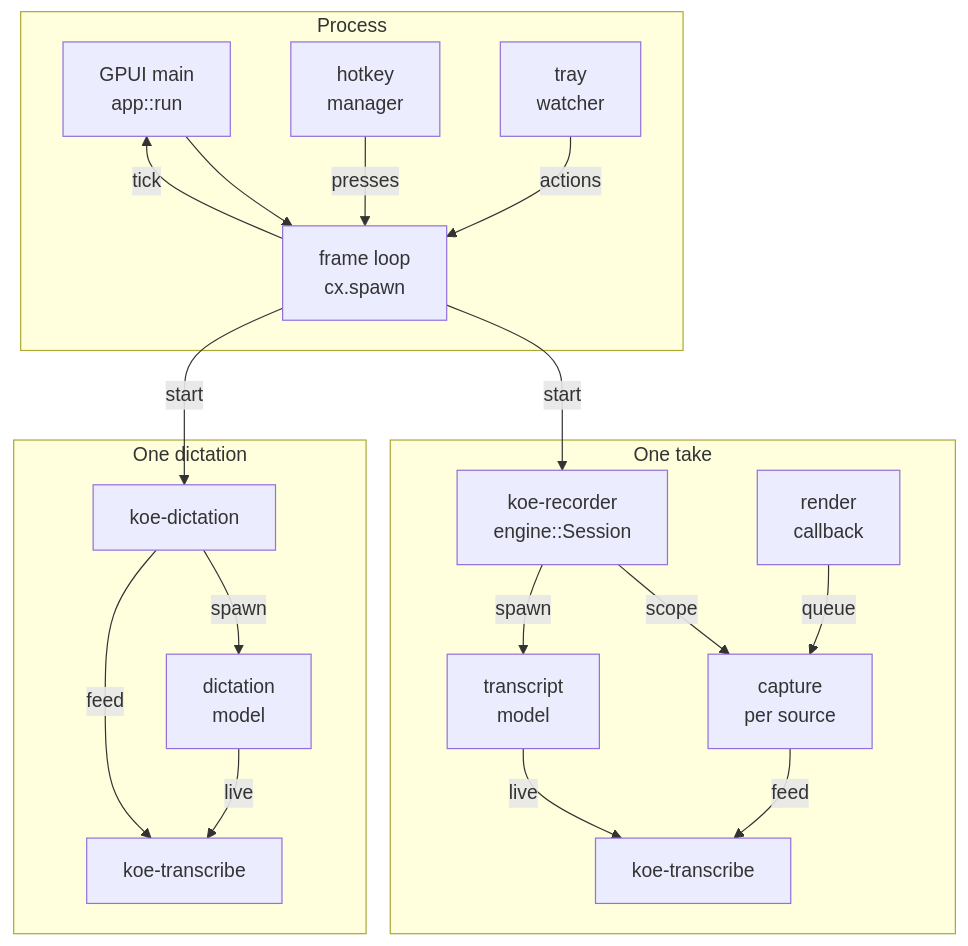
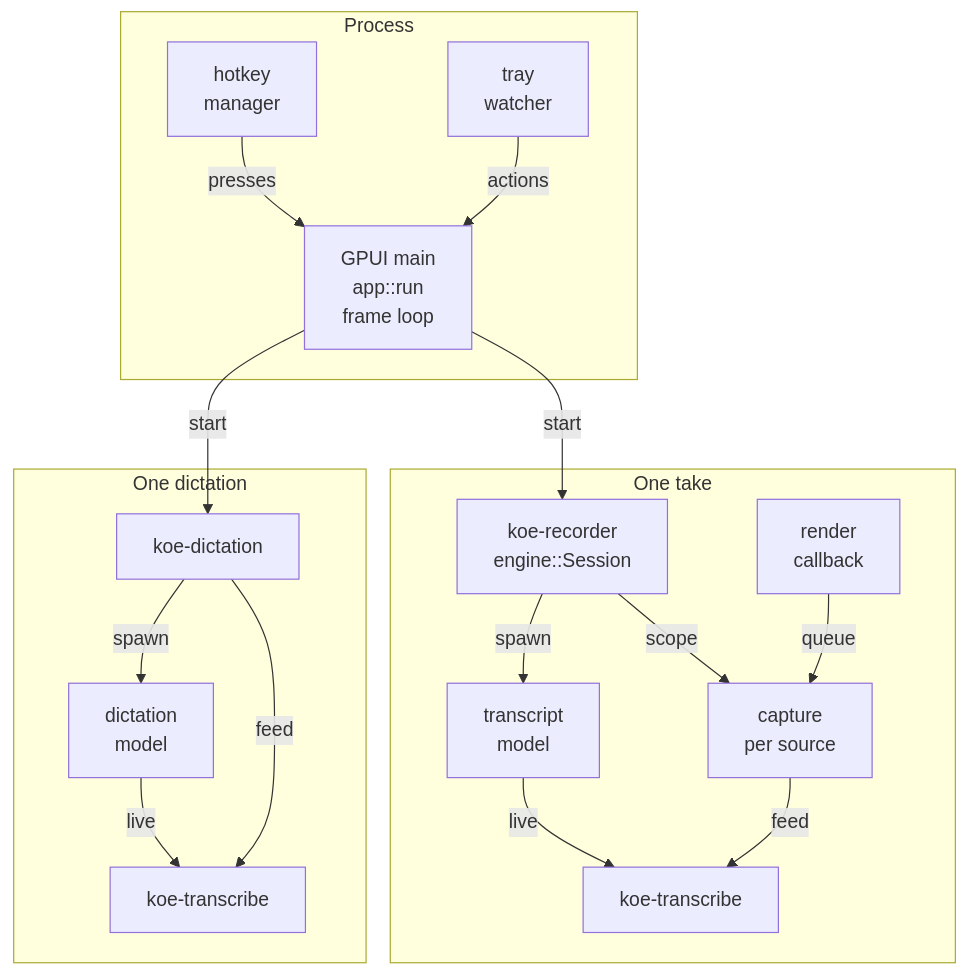
Before and after one commit to mokmok-dev/koe: the first of 6 diagrams in ARCHITECTURE.md, drawn with Mermaid. The commit also changed other lines of this file, not shown here.

First line of the commit message:
docs: stop counting the frame loop as a thread

````diff
--- a/ARCHITECTURE.md
+++ b/ARCHITECTURE.md
@@ -38,38 +39,35 @@
 ```mermaid
 flowchart TD
     subgraph proc["Process"]
-        UI["GPUI main<br/>app::run"]
-        LOOP["frame loop<br/>cx.spawn"]
+        UI["GPUI main<br/>app::run<br/>frame loop"]
         HK["hotkey<br/>manager"]
         TRAY["tray<br/>watcher"]
     end
 
     subgraph take["One take"]
         REC["koe-recorder<br/>engine::Session"]
         SRC["capture<br/>per source"]
         MODEL["transcript<br/>model"]
         TR["koe-transcribe"]
         HAL["render<br/>callback"]
     end
 
     subgraph dict["One dictation"]
         DICT["koe-dictation"]
         DMODEL["dictation<br/>model"]
         DTR["koe-transcribe"]
     end
 
-    UI --> LOOP
-    LOOP -->|"tick"| UI
-    HK -->|"presses"| LOOP
-    TRAY -->|"actions"| LOOP
-    LOOP -->|"start"| REC
-    LOOP -->|"start"| DICT
+    HK -->|"presses"| UI
+    TRAY -->|"actions"| UI
+    UI -->|"start"| REC
+    UI -->|"start"| DICT
     REC -->|"scope"| SRC
     REC -->|"spawn"| MODEL
     MODEL -->|"live"| TR
     SRC -->|"feed"| TR
     HAL -->|"queue"| SRC
     DICT -->|"spawn"| DMODEL
     DMODEL -->|"live"| DTR
     DICT -->|"feed"| DTR
 ```
````
